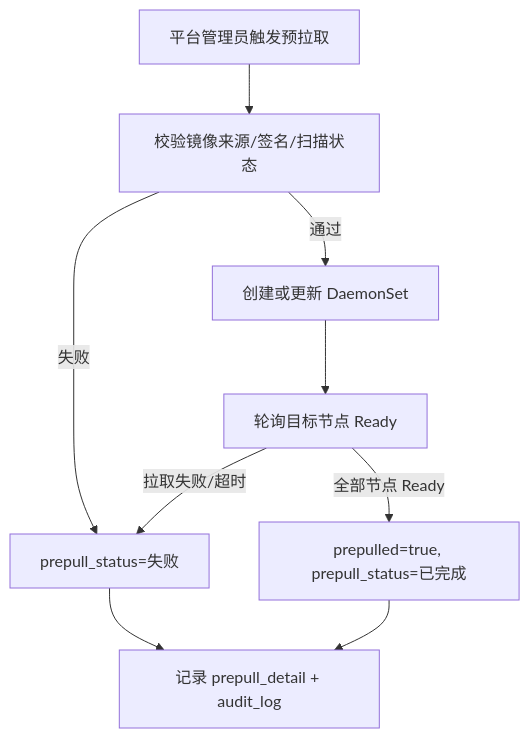
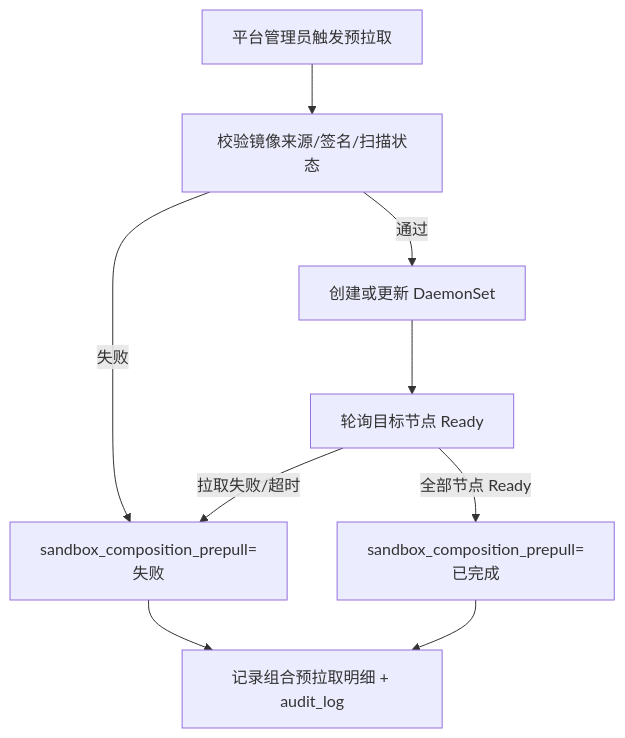
One commit to menghuishisan/CHAIMIR changed the sixth of 7 diagrams in docs/02-沙箱引擎/05-业务流程与状态机.md. Above: the diagram before and after it, drawn with Mermaid. The commit also changed other lines of this file and 589 other files, not shown here.

````diff
--- a/docs/02-沙箱引擎/05-业务流程与状态机.md
+++ b/docs/02-沙箱引擎/05-业务流程与状态机.md
@@ -136,11 +147,11 @@
 ```mermaid
 flowchart TD
     A[平台管理员触发预拉取] --> B[校验镜像来源/签名/扫描状态]
-    B -->|失败| F[prepull_status=失败]
+    B -->|失败| F[sandbox_composition_prepull=失败]
     B -->|通过| C[创建或更新 DaemonSet]
     C --> D[轮询目标节点 Ready]
-    D -->|全部节点 Ready| S[prepulled=true, prepull_status=已完成]
+    D -->|全部节点 Ready| S[sandbox_composition_prepull=已完成]
     D -->|拉取失败/超时| F
-    F --> L[记录 prepull_detail + audit_log]
+    F --> L[记录组合预拉取明细 + audit_log]
     S --> L
 ```
````
